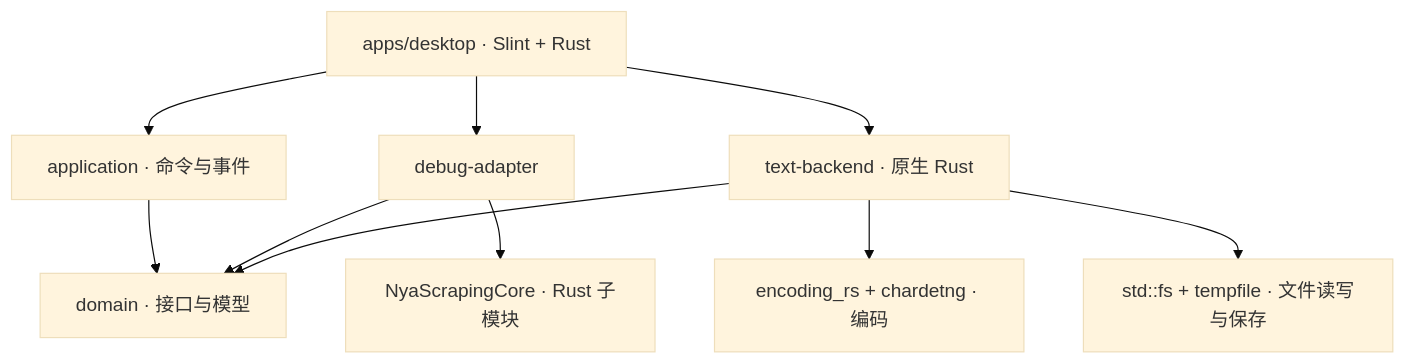
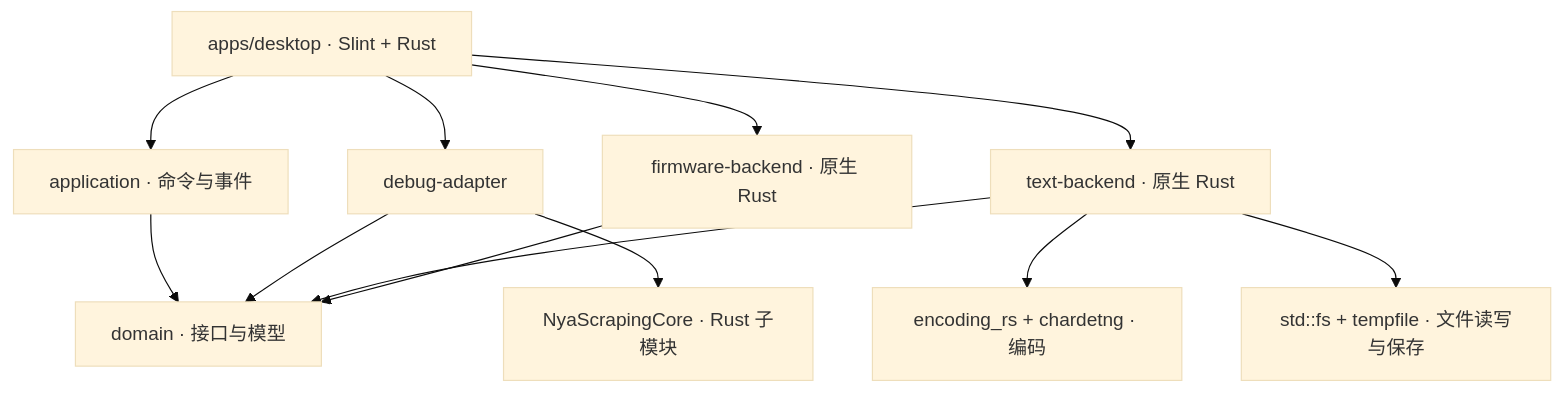
The first of 2 diagrams in docs/architecture.md (Thesummert/NyaScraping), drawn with Mermaid (base theme) before and after one commit. The commit also changed other lines of this file and 22 other files, not shown here.

````diff
--- a/docs/architecture.md
+++ b/docs/architecture.md
@@ -5,12 +5,14 @@
 ```mermaid
 flowchart TD
     Desktop[apps/desktop · Slint + Rust] --> Application[application · 命令与事件]
     Desktop --> Debug[debug-adapter]
     Desktop --> Text[text-backend · 原生 Rust]
+    Desktop --> Firmware[firmware-backend · 原生 Rust]
     Application --> Domain[domain · 接口与模型]
     Debug --> Domain
     Text --> Domain
+    Firmware --> Domain
     Debug --> Core[NyaScrapingCore · Rust 子模块]
     Text --> Encoding[encoding_rs + chardetng · 编码]
     Text --> Files[std::fs + tempfile · 文件读写与保存]
 ```
````
